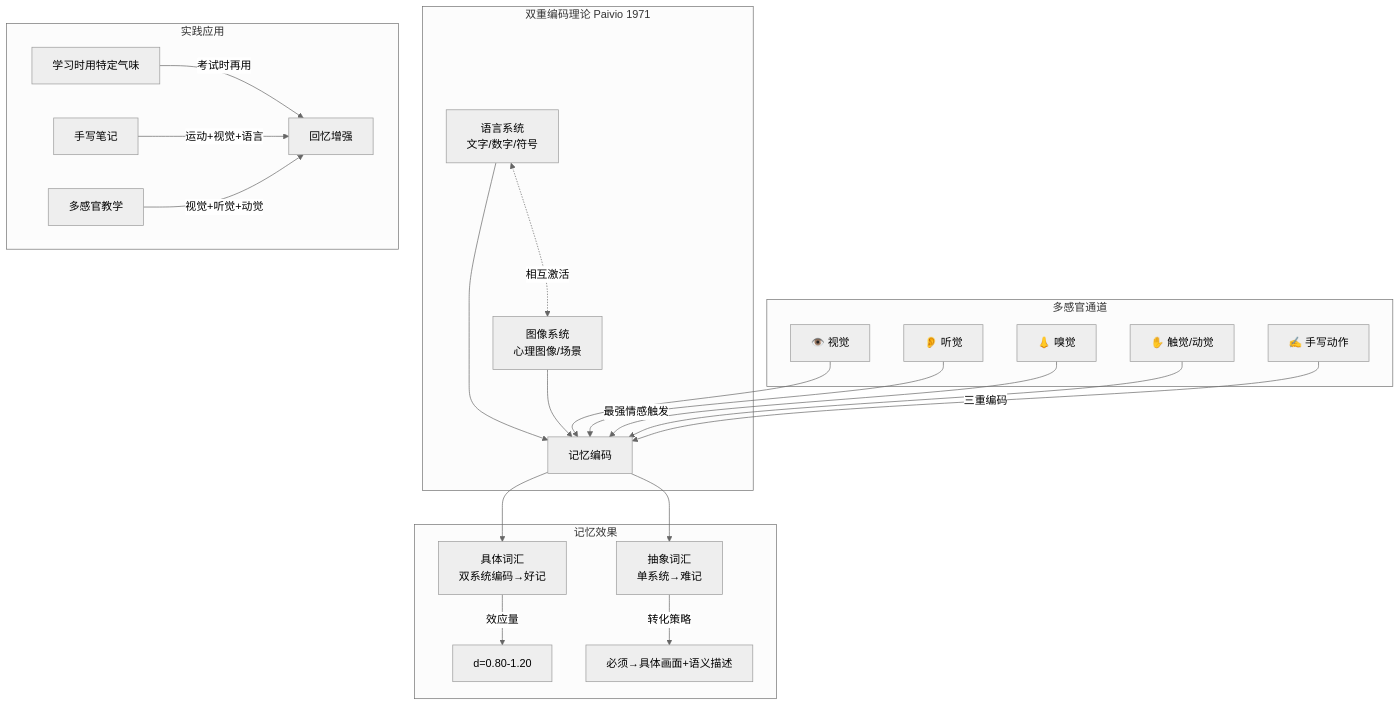
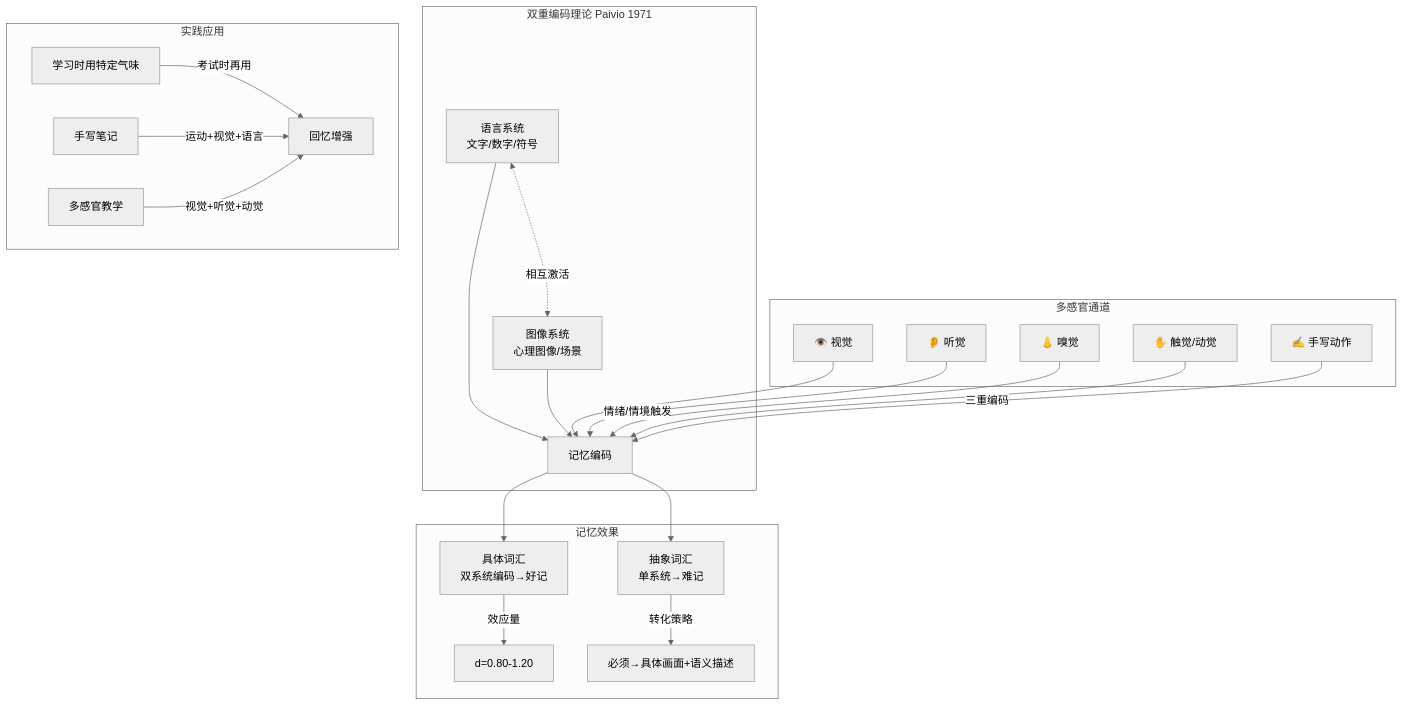
Before and after one commit to brother2050/memory-guide: the diagram in 28-多感官记忆编码.md, drawn with Mermaid (neutral theme). The commit also changed other lines of this file and 125 other files, not shown here.

````diff
--- a/28-多感官记忆编码.md
+++ b/28-多感官记忆编码.md
@@ -57,29 +57,29 @@
 ```mermaid
 graph TD
     subgraph DUAL["双重编码理论 Paivio 1971"]
         VERBAL["语言系统\n文字/数字/符号"] --> ENCODE["记忆编码"]
         IMAGE["图像系统\n心理图像/场景"] --> ENCODE
         VERBAL <-.->|"相互激活"| IMAGE
     end
 
     subgraph MULTI["多感官通道"]
         VISUAL["👁️ 视觉"] --> ENCODE
         AUDITORY["👂 听觉"] --> ENCODE
-        OLFACTORY["👃 嗅觉"] -->|"最强情感触发"| ENCODE
+        OLFACTORY["👃 嗅觉"] -->|"情绪/情境触发"| ENCODE
         TACTILE["✋ 触觉/动觉"] --> ENCODE
         MOTOR["✍️ 手写动作"] -->|"三重编码"| ENCODE
     end
 
     subgraph RESULT["记忆效果"]
         ENCODE --> CONCRETE["具体词汇\n双系统编码→好记"]
         ENCODE --> ABSTRACT["抽象词汇\n单系统→难记"]
         CONCRETE -->|"效应量"| EFFECT["d=0.80-1.20"]
         ABSTRACT -->|"转化策略"| STRATEGY["必须→具体画面+语义描述"]
     end
 
     subgraph PRACTICE["实践应用"]
         SCENT["学习时用特定气味"] -->|"考试时再用"| RECALL_ENHANCE["回忆增强"]
         HANDWRITE["手写笔记"] -->|"运动+视觉+语言"| RECALL_ENHANCE
         MULTIMODAL["多感官教学"] -->|"视觉+听觉+动觉"| RECALL_ENHANCE
     end
 ```
````
